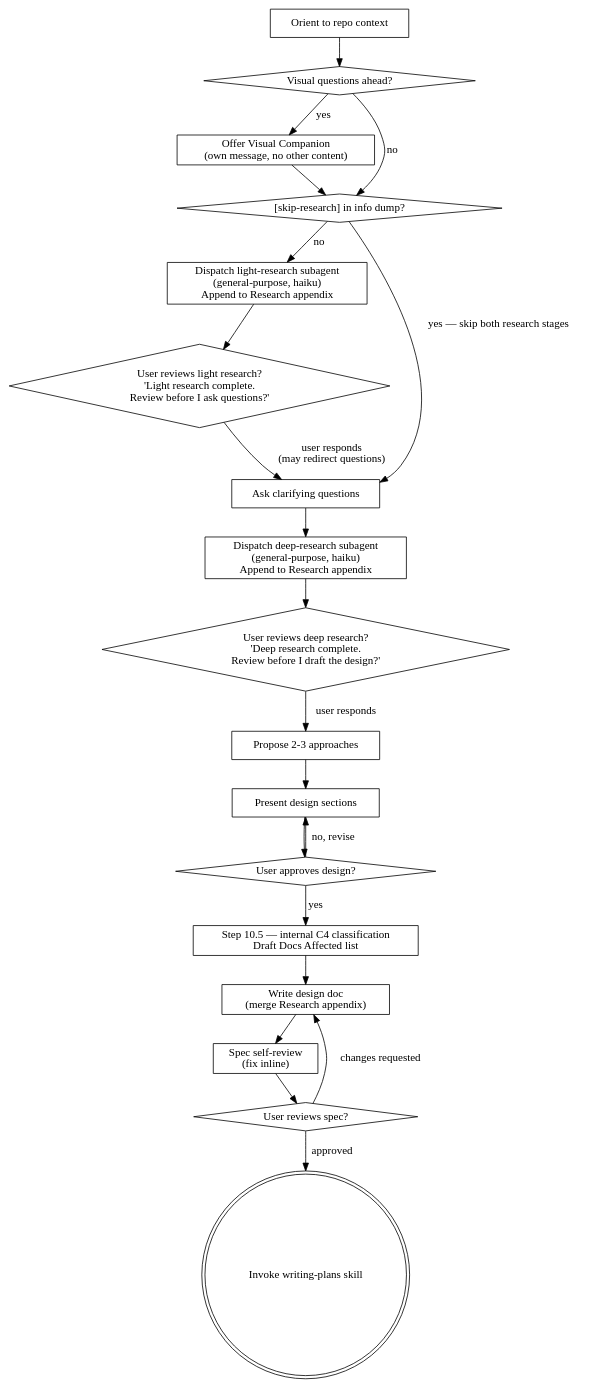
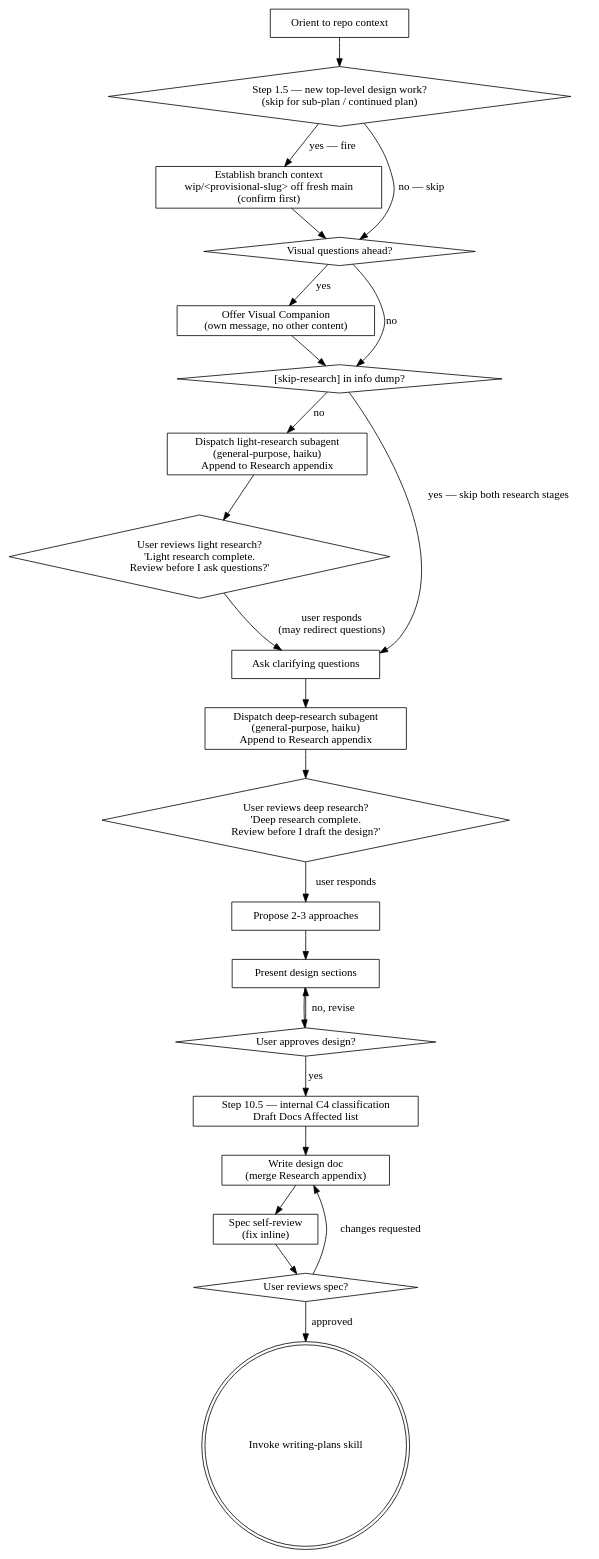
The diagram in skills/brainstorming/SKILL.md (TeamClyde/clydes_claude), drawn with Graphviz before and after one commit. The commit also changed other lines of this file and 27 other files, not shown here.

````diff
--- a/skills/brainstorming/SKILL.md
+++ b/skills/brainstorming/SKILL.md
@@ -75,42 +76,47 @@
 ```dot
 digraph brainstorming {
     "Orient to repo context" [shape=box];
+    "Step 1.5 — new top-level design work?\n(skip for sub-plan / continued plan)" [shape=diamond];
+    "Establish branch context\nwip/<provisional-slug> off fresh main\n(confirm first)" [shape=box];
     "Visual questions ahead?" [shape=diamond];
     "Offer Visual Companion\n(own message, no other content)" [shape=box];
     "[skip-research] in info dump?" [shape=diamond];
     "Dispatch light-research subagent\n(general-purpose, haiku)\nAppend to Research appendix" [shape=box];
     "User reviews light research?\n'Light research complete.\nReview before I ask questions?'" [shape=diamond];
     "Ask clarifying questions" [shape=box];
     "Dispatch deep-research subagent\n(general-purpose, haiku)\nAppend to Research appendix" [shape=box];
     "User reviews deep research?\n'Deep research complete.\nReview before I draft the design?'" [shape=diamond];
     "Propose 2-3 approaches" [shape=box];
     "Present design sections" [shape=box];
     "User approves design?" [shape=diamond];
     "Step 10.5 — internal C4 classification\nDraft Docs Affected list" [shape=box];
     "Write design doc\n(merge Research appendix)" [shape=box];
     "Spec self-review\n(fix inline)" [shape=box];
     "User reviews spec?" [shape=diamond];
     "Invoke writing-plans skill" [shape=doublecircle];
 
-    "Orient to repo context" -> "Visual questions ahead?";
+    "Orient to repo context" -> "Step 1.5 — new top-level design work?\n(skip for sub-plan / continued plan)";
+    "Step 1.5 — new top-level design work?\n(skip for sub-plan / continued plan)" -> "Establish branch context\nwip/<provisional-slug> off fresh main\n(confirm first)" [label="yes — fire"];
+    "Step 1.5 — new top-level design work?\n(skip for sub-plan / continued plan)" -> "Visual questions ahead?" [label="no — skip"];
+    "Establish branch context\nwip/<provisional-slug> off fresh main\n(confirm first)" -> "Visual questions ahead?";
     "Visual questions ahead?" -> "Offer Visual Companion\n(own message, no other content)" [label="yes"];
     "Visual questions ahead?" -> "[skip-research] in info dump?" [label="no"];
     "Offer Visual Companion\n(own message, no other content)" -> "[skip-research] in info dump?";
     "[skip-research] in info dump?" -> "Ask clarifying questions" [label="yes — skip both research stages"];
     "[skip-research] in info dump?" -> "Dispatch light-research subagent\n(general-purpose, haiku)\nAppend to Research appendix" [label="no"];
     "Dispatch light-research subagent\n(general-purpose, haiku)\nAppend to Research appendix" -> "User reviews light research?\n'Light research complete.\nReview before I ask questions?'";
     "User reviews light research?\n'Light research complete.\nReview before I ask questions?'" -> "Ask clarifying questions" [label="user responds\n(may redirect questions)"];
     "Ask clarifying questions" -> "Dispatch deep-research subagent\n(general-purpose, haiku)\nAppend to Research appendix";
     "Dispatch deep-research subagent\n(general-purpose, haiku)\nAppend to Research appendix" -> "User reviews deep research?\n'Deep research complete.\nReview before I draft the design?'";
     "User reviews deep research?\n'Deep research complete.\nReview before I draft the design?'" -> "Propose 2-3 approaches" [label="user responds"];
     "Propose 2-3 approaches" -> "Present design sections";
     "Present design sections" -> "User approves design?";
     "User approves design?" -> "Present design sections" [label="no, revise"];
     "User approves design?" -> "Step 10.5 — internal C4 classification\nDraft Docs Affected list" [label="yes"];
     "Step 10.5 — internal C4 classification\nDraft Docs Affected list" -> "Write design doc\n(merge Research appendix)";
     "Write design doc\n(merge Research appendix)" -> "Spec self-review\n(fix inline)";
     "Spec self-review\n(fix inline)" -> "User reviews spec?";
     "User reviews spec?" -> "Write design doc\n(merge Research appendix)" [label="changes requested"];
     "User reviews spec?" -> "Invoke writing-plans skill" [label="approved"];
 }
 ```
````
